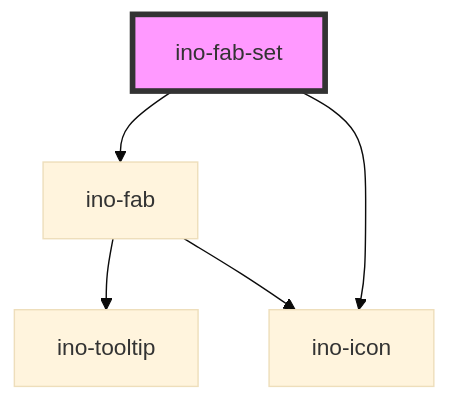
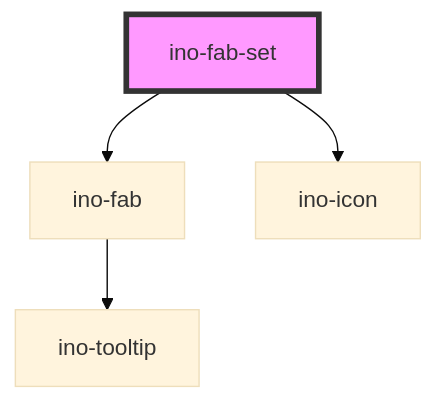
Before and after one commit to inovex/elements: the diagram in packages/elements/src/components/ino-fab-set/readme.md, drawn with Mermaid (base theme). The commit also changed 10 other files, not shown here.

````diff
--- a/packages/elements/src/components/ino-fab-set/readme.md
+++ b/packages/elements/src/components/ino-fab-set/readme.md
@@ -49,8 +49,7 @@
 ```mermaid
 graph TD;
   ino-fab-set --> ino-fab
   ino-fab-set --> ino-icon
   ino-fab --> ino-tooltip
-  ino-fab --> ino-icon
   style ino-fab-set fill:#f9f,stroke:#333,stroke-width:4px
 ```
````
